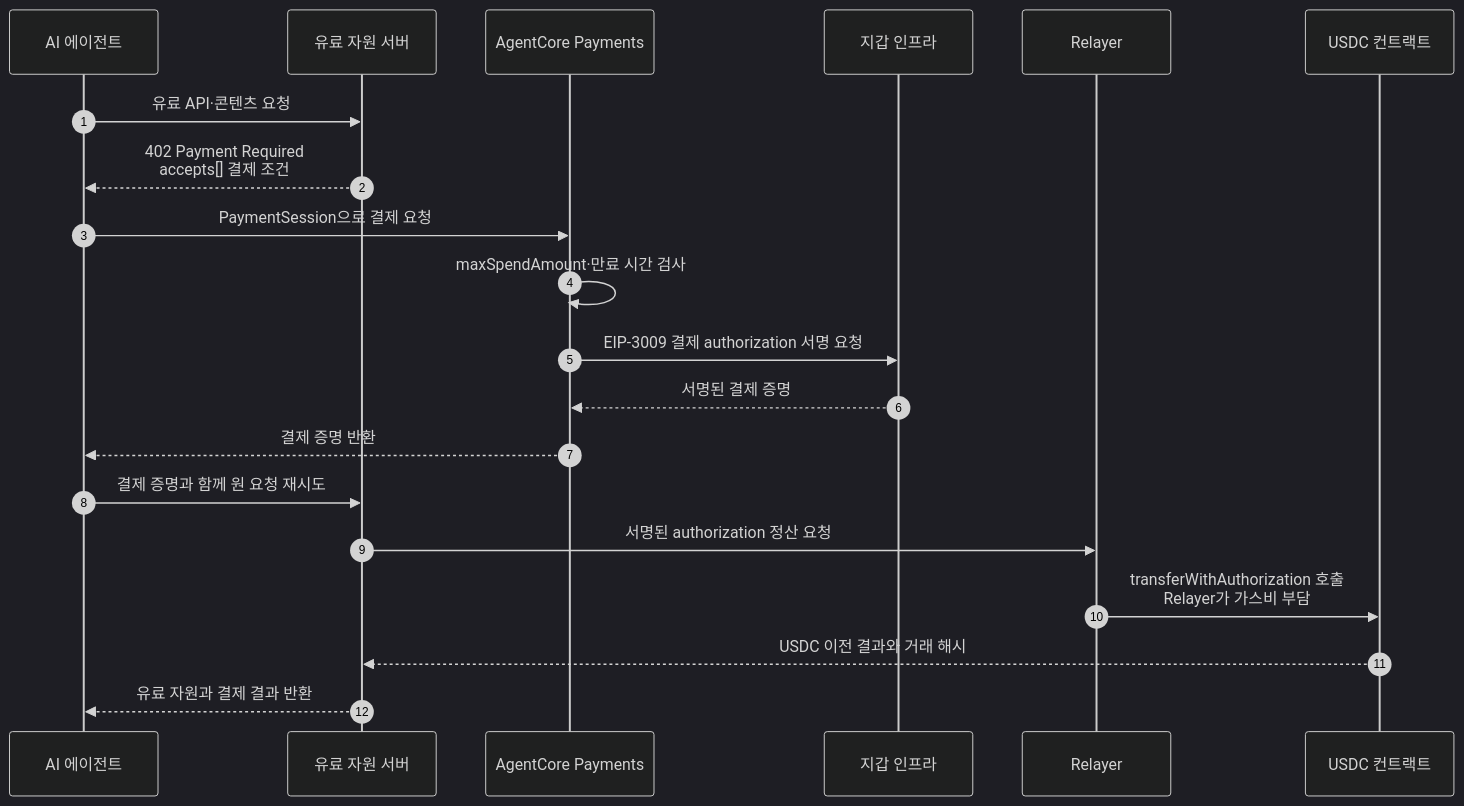
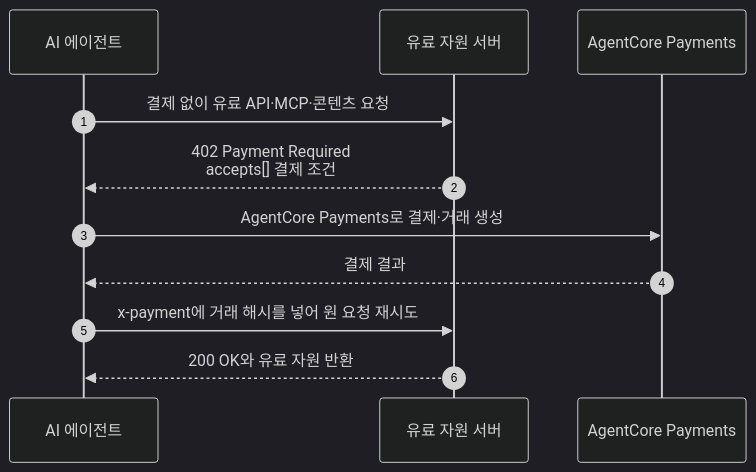
One commit to eunsujeo/eunpus changed the second of 6 diagrams in blockchain-manager/docs/디지털 자산/에이전트 결제/04-aws-wallet-key-and-agent-payment.md. Above: the diagram before and after it, drawn with Mermaid (dark theme). The commit also changed other lines of this file and 6 other files, not shown here.

````diff
--- a/blockchain-manager/docs/디지털 자산/에이전트 결제/04-aws-wallet-key-and-agent-payment.md
+++ b/blockchain-manager/docs/디지털 자산/에이전트 결제/04-aws-wallet-key-and-agent-payment.md
@@ -78,22 +95,13 @@
 ```mermaid
 sequenceDiagram
     autonumber
     participant A as AI 에이전트
     participant R as 유료 자원 서버
     participant P as AgentCore Payments
-    participant W as 지갑 인프라
-    participant L as Relayer
-    participant U as USDC 컨트랙트
-    A->>R: 유료 API·콘텐츠 요청
+    A->>R: 결제 없이 유료 API·MCP·콘텐츠 요청
     R-->>A: 402 Payment Required<br/>accepts[] 결제 조건
-    A->>P: PaymentSession으로 결제 요청
-    P->>P: maxSpendAmount·만료 시간 검사
-    P->>W: EIP-3009 결제 authorization 서명 요청
-    W-->>P: 서명된 결제 증명
-    P-->>A: 결제 증명 반환
-    A->>R: 결제 증명과 함께 원 요청 재시도
-    R->>L: 서명된 authorization 정산 요청
-    L->>U: transferWithAuthorization 호출<br/>Relayer가 가스비 부담
-    U-->>R: USDC 이전 결과와 거래 해시
-    R-->>A: 유료 자원과 결제 결과 반환
+    A->>P: AgentCore Payments로 결제·거래 생성
+    P-->>A: 결제 결과
+    A->>R: x-payment에 거래 해시를 넣어 원 요청 재시도
+    R-->>A: 200 OK와 유료 자원 반환
 ```
````
